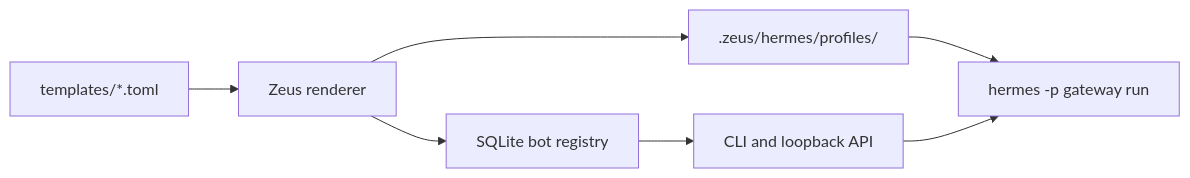
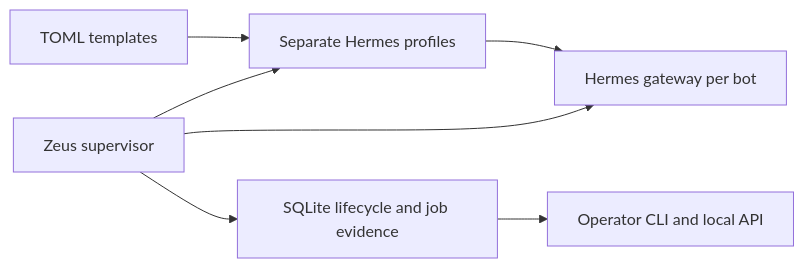
One commit to brainx/zeus changed the diagram in README.md. Above: the diagram before and after it, drawn with Mermaid. The commit also changed other lines of this file and 3 other files, not shown here.

````diff
--- a/README.md
+++ b/README.md
@@ -35,9 +95,9 @@
 ```mermaid
 flowchart LR
-  T["templates/*.toml"] --> Z["Zeus renderer"]
-  Z --> P[".zeus/hermes/profiles/<bot-id>"]
-  P --> H["hermes -p <bot-id> gateway run"]
-  Z --> S["SQLite bot registry"]
-  S --> C["CLI and loopback API"]
-  C --> H
+  T["TOML templates"] --> P["Separate Hermes profiles"]
+  Z["Zeus supervisor"] --> P
+  Z --> H["Hermes gateway per bot"]
+  P --> H
+  Z --> S["SQLite lifecycle and job evidence"]
+  S --> O["Operator CLI and local API"]
 ```
````
